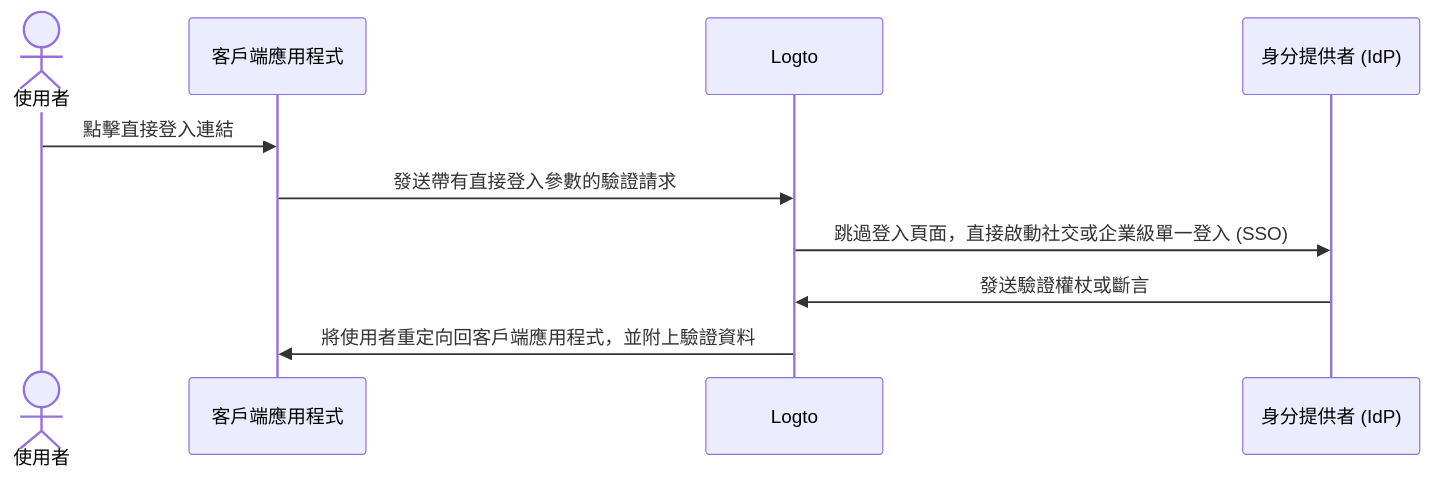
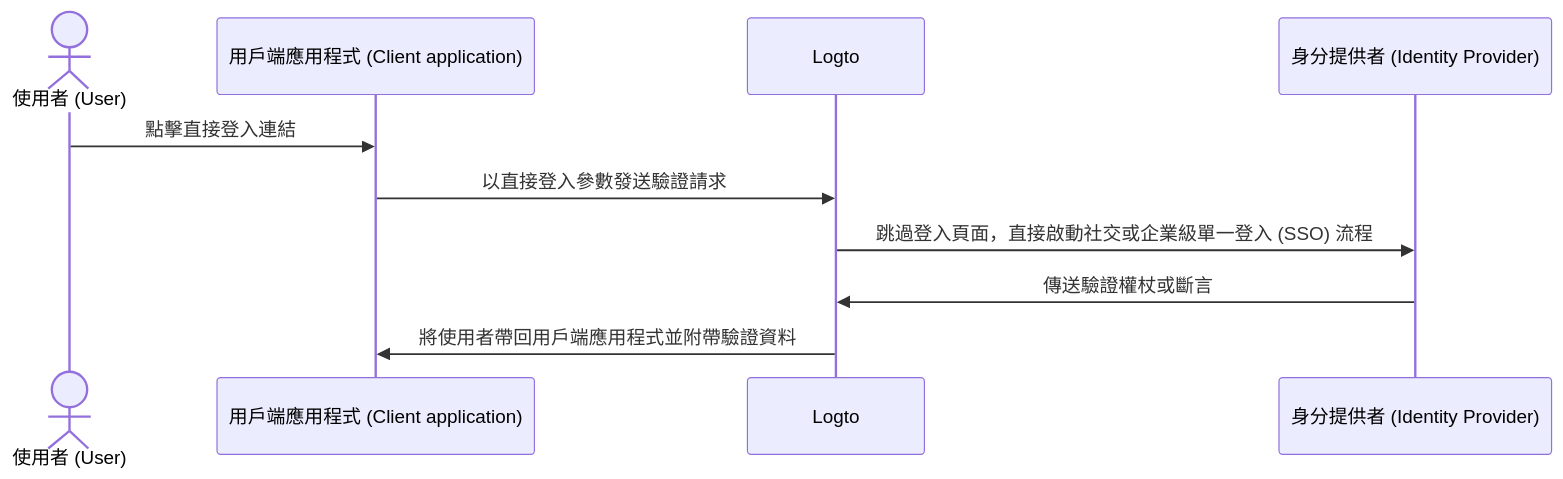
One commit to logto-io/docs changed the diagram in i18n/zh-TW/docusaurus-plugin-content-docs/current/end-user-flows/authentication-parameters/direct-sign-in.mdx. Above: the diagram before and after it, drawn with Mermaid. The commit also changed other lines of this file and 63 other files, not shown here.

````diff
--- a/i18n/zh-TW/docusaurus-plugin-content-docs/current/end-user-flows/authentication-parameters/direct-sign-in.mdx
+++ b/i18n/zh-TW/docusaurus-plugin-content-docs/current/end-user-flows/authentication-parameters/direct-sign-in.mdx
@@ -11,13 +11,13 @@
 ```mermaid
 sequenceDiagram
-    actor user as 使用者
-    participant app as 客戶端應用程式
+    actor user as 使用者 (User)
+    participant app as 用戶端應用程式 (Client application)
     participant logto as Logto
-    participant idp as 身分提供者 (IdP)
+    participant idp as 身分提供者 (Identity Provider)
 
     user->>app: 點擊直接登入連結
-    app->>logto: 發送帶有直接登入參數的驗證請求
-    logto->>idp: 跳過登入頁面，直接啟動社交或企業級單一登入 (SSO)
-    idp->>logto: 發送驗證權杖或斷言
-    logto->>app: 將使用者重定向回客戶端應用程式，並附上驗證資料
+    app->>logto: 以直接登入參數發送驗證請求
+    logto->>idp: 跳過登入頁面，直接啟動社交或企業級單一登入 (SSO) 流程
+    idp->>logto: 傳送驗證權杖或斷言
+    logto->>app: 將使用者帶回用戶端應用程式並附帶驗證資料
 ```
````
